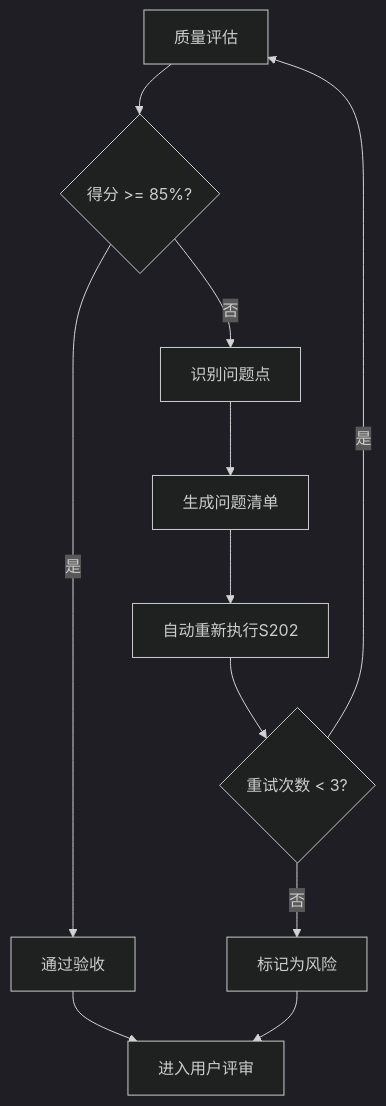
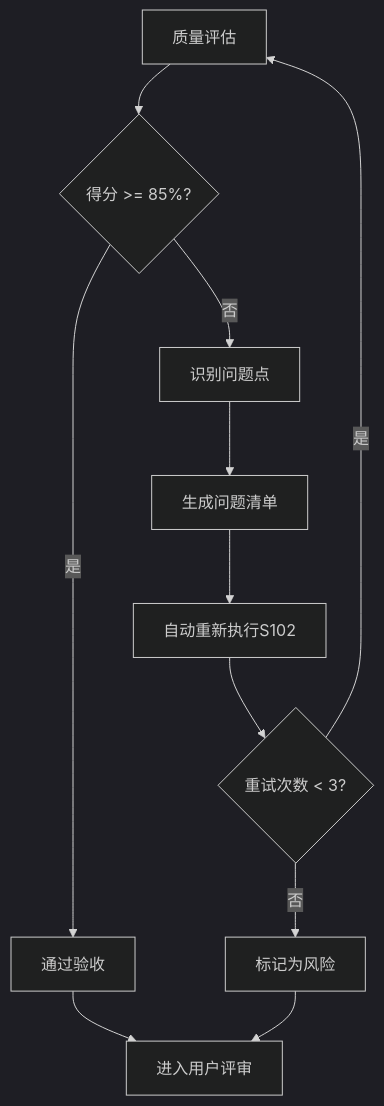
Before and after one commit to HeartFlying/swf: the second of 2 diagrams in skills/s1-market-analysis/SKILL.md, drawn with Mermaid (dark theme). The commit also changed 33 other files, not shown here.

````diff
--- a/skills/s1-market-analysis/SKILL.md
+++ b/skills/s1-market-analysis/SKILL.md
@@ -202,13 +202,13 @@
 ```mermaid
 flowchart TD
     Evaluate[质量评估] --> Score{得分 >= 85%?}
     Score -->|是| Pass[通过验收]
     Score -->|否| Identify[识别问题点]
     Identify --> List[生成问题清单]
-    List --> ReExecute[自动重新执行S202]
+    List --> ReExecute[自动重新执行S102]
     ReExecute --> Retry{重试次数 < 3?}
     Retry -->|是| Evaluate
     Retry -->|否| Risk[标记为风险]
     Pass --> UserReview[进入用户评审]
     Risk --> UserReview
 ```
````
